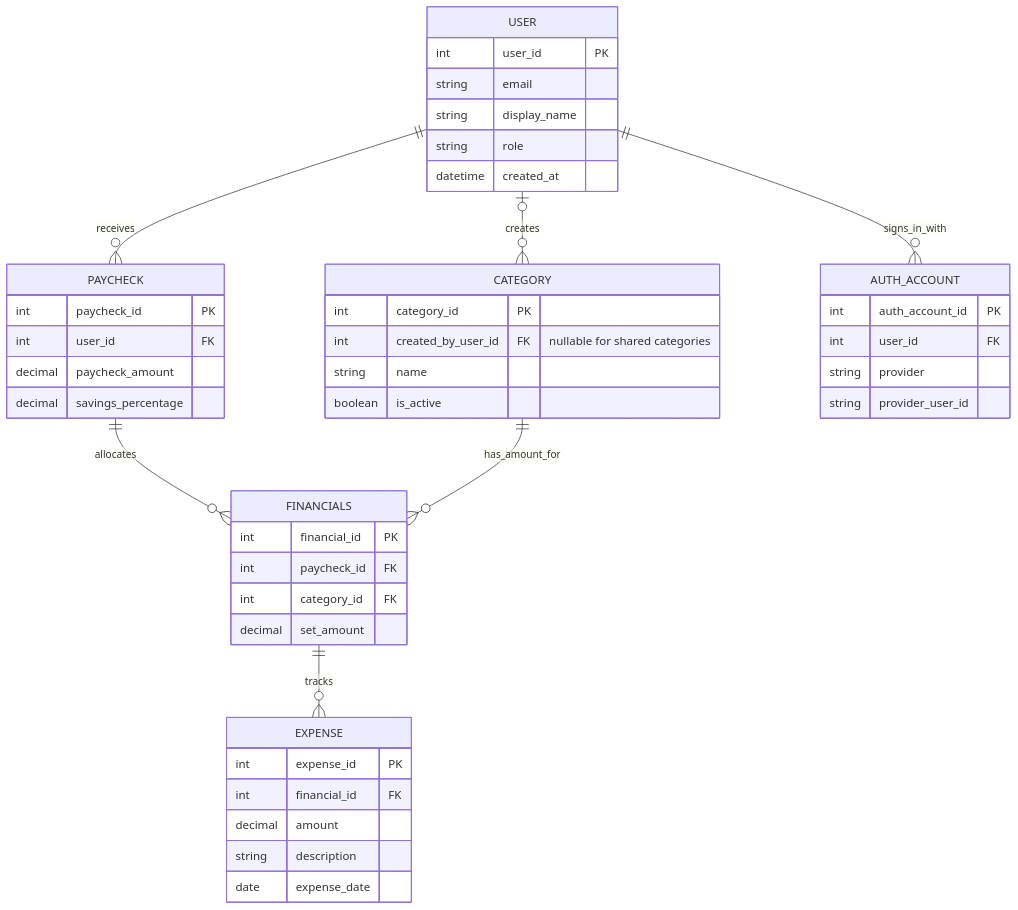
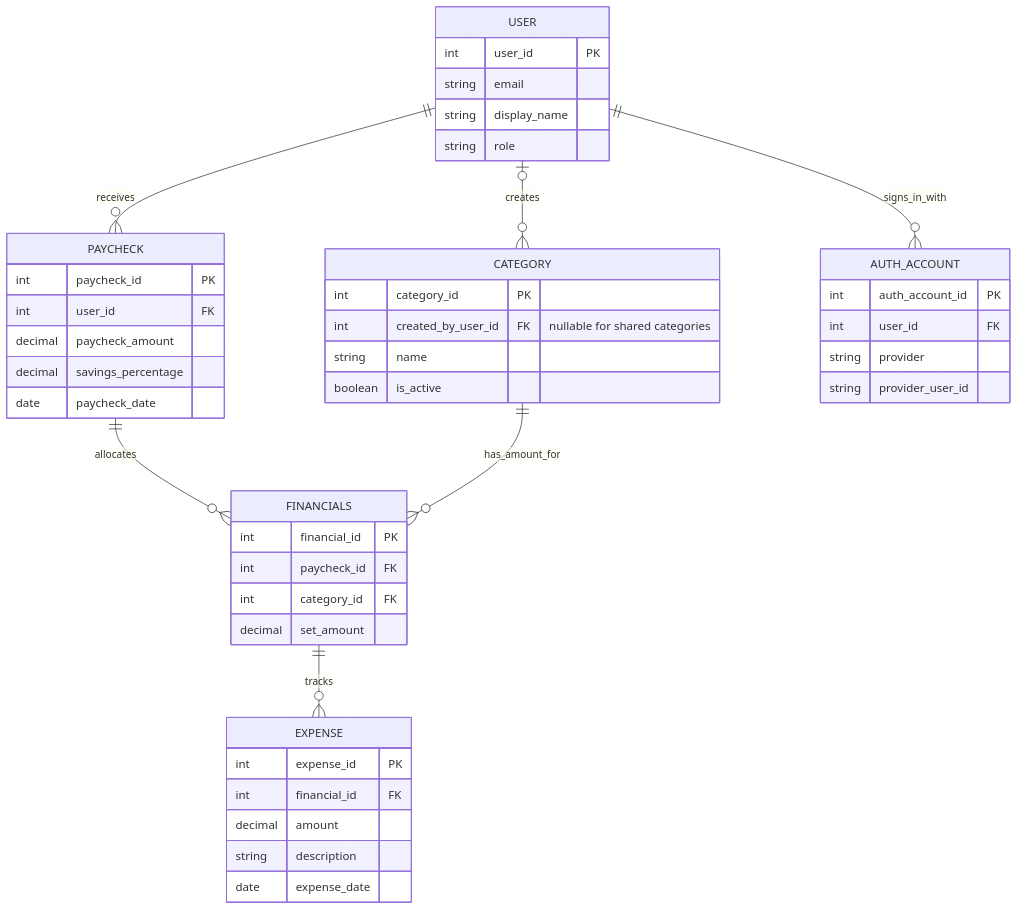
Before and after one commit to project3Group4/budgetTracker: the diagram in docs/erd.md, drawn with Mermaid.

````diff
--- a/docs/erd.md
+++ b/docs/erd.md
@@ -3,53 +3,53 @@
 ```mermaid
 erDiagram
     USER ||--o{ PAYCHECK : receives
     PAYCHECK ||--o{ FINANCIALS : allocates
     CATEGORY ||--o{ FINANCIALS : has_amount_for
     FINANCIALS ||--o{ EXPENSE : tracks
     USER ||--o{ AUTH_ACCOUNT : signs_in_with
     USER o|--o{ CATEGORY : creates
 
     USER {
         int user_id PK
         string email
         string display_name
         string role
-        datetime created_at
     }
 
     PAYCHECK {
         int paycheck_id PK
         int user_id FK
         decimal paycheck_amount
         decimal savings_percentage
+        date paycheck_date
     }
 
     FINANCIALS {
         int financial_id PK
         int paycheck_id FK
         int category_id FK
         decimal set_amount
     }
 
     CATEGORY {
         int category_id PK
         int created_by_user_id FK "nullable for shared categories"
         string name
         boolean is_active
     }
 
     EXPENSE {
         int expense_id PK
         int financial_id FK
         decimal amount
         string description
         date expense_date
     }
 
     AUTH_ACCOUNT {
         int auth_account_id PK
         int user_id FK
         string provider
         string provider_user_id
     }
 ```
````
